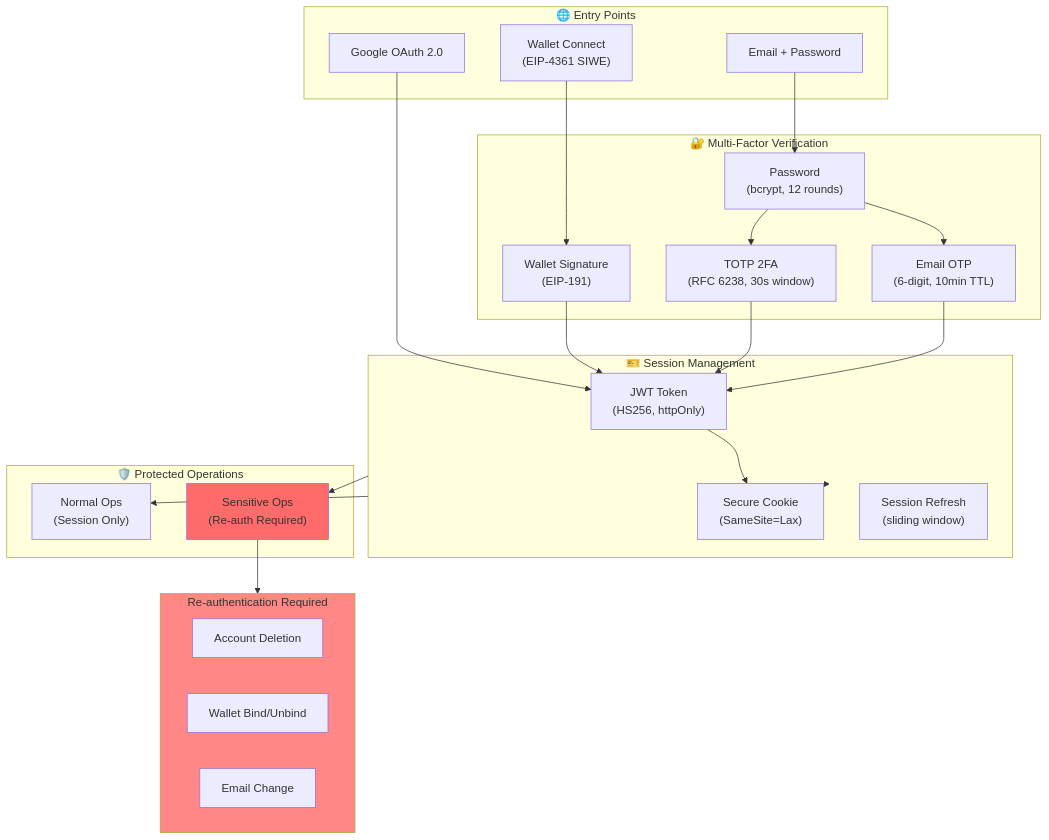
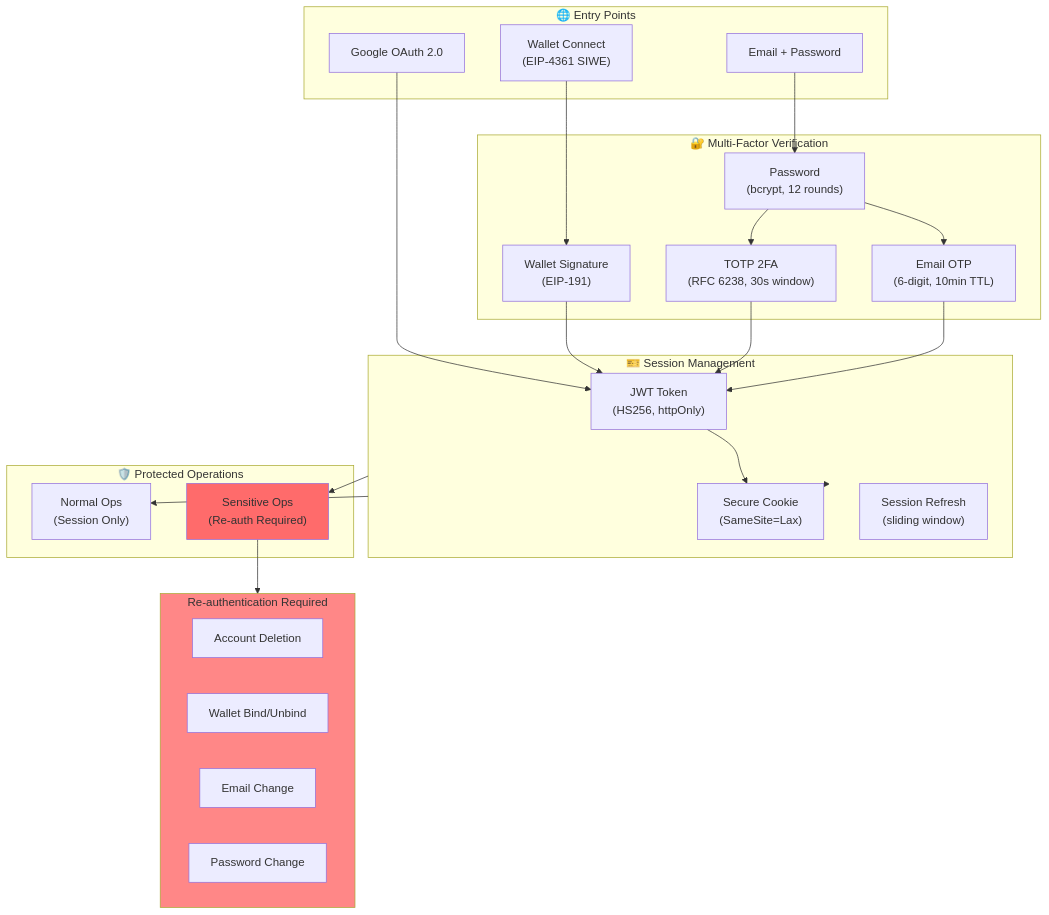
The second of 4 diagrams in README.md (sirath-network/barzakh-ai), drawn with Mermaid before and after one commit. The commit also changed other lines of this file, not shown here.

Commit message:
Update system design diagrams and text

````diff
--- a/README.md
+++ b/README.md
@@ -175,47 +181,48 @@
 ```mermaid
 flowchart TB
     subgraph Entry["🌐 Entry Points"]
         Email["Email + Password"]
         Google["Google OAuth 2.0"]
         Wallet["Wallet Connect<br/>(EIP-4361 SIWE)"]
     end
 
     subgraph Verification["🔐 Multi-Factor Verification"]
         Password["Password<br/>(bcrypt, 12 rounds)"]
         TOTP["TOTP 2FA<br/>(RFC 6238, 30s window)"]
         EmailOTP["Email OTP<br/>(6-digit, 10min TTL)"]
         WalletSig["Wallet Signature<br/>(EIP-191)"]
     end
 
     subgraph Session["🎫 Session Management"]
         JWT["JWT Token<br/>(HS256, httpOnly)"]
         Cookie["Secure Cookie<br/>(SameSite=Lax)"]
         Refresh["Session Refresh<br/>(sliding window)"]
     end
 
     subgraph Protected["🛡️ Protected Operations"]
         Normal["Normal Ops<br/>(Session Only)"]
         Sensitive["Sensitive Ops<br/>(Re-auth Required)"]
     end
 
     subgraph SensitiveOps["Re-authentication Required"]
         Delete["Account Deletion"]
         WalletBind["Wallet Bind/Unbind"]
         EmailChange["Email Change"]
+        PasswordChange["Password Change"]
     end
 
     Email --> Password --> TOTP
     Google --> JWT
     Wallet --> WalletSig --> JWT
     Password --> EmailOTP
     
     TOTP --> JWT
     EmailOTP --> JWT
     
     JWT --> Cookie --> Session
     Session --> Normal
     Session --> Sensitive --> SensitiveOps
 
     style Sensitive fill:#ff6b6b
     style SensitiveOps fill:#ff8787
 ```
````
